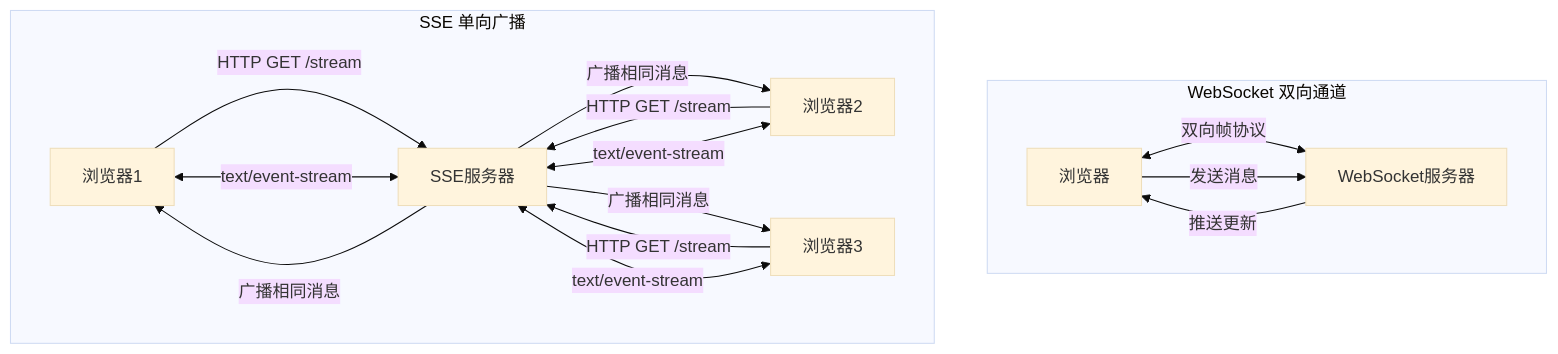
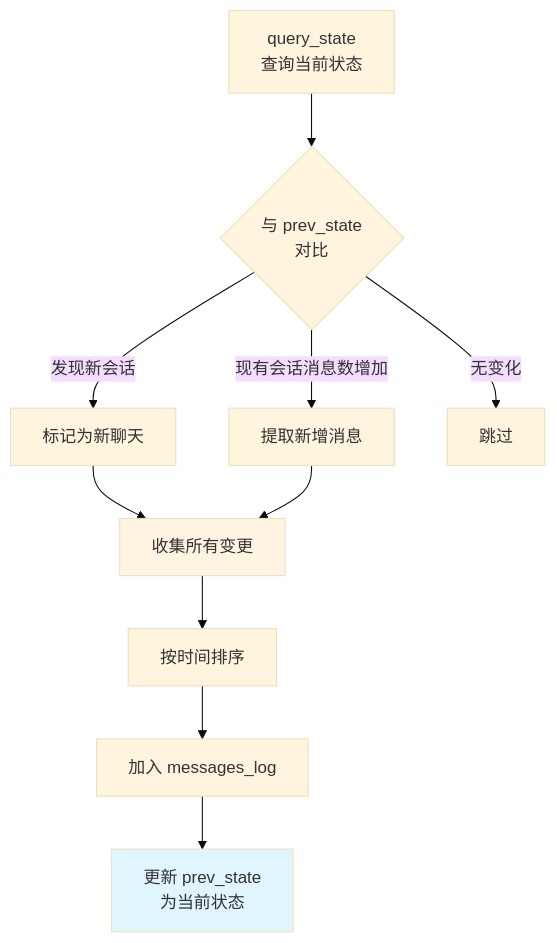
One commit to nerdneilsfield/code-wiki-pages changed the third of 6 diagrams in public/wechat-decrypt/guide-beginners-guide-real-time-monitoring.md. Above: the diagram before and after it, drawn with Mermaid (base theme). The commit also changed other lines of this file and 30 other files, not shown here.

````diff
--- a/public/wechat-decrypt/guide-beginners-guide-real-time-monitoring.md
+++ b/public/wechat-decrypt/guide-beginners-guide-real-time-monitoring.md
@@ -160,20 +85,16 @@
 ```mermaid
-graph TD
-    subgraph "WebSocket 双向通道"
-        A[浏览器] <-->|双向帧协议| B[WebSocket服务器]
-        A -->|发送消息| B
-        B -->|推送更新| A
-    end
+flowchart TD
+    A[query_state<br/>查询当前状态] --> B{与 prev_state<br/>对比}
+    B -->|发现新会话| C[标记为新聊天]
+    B -->|现有会话消息数增加| D[提取新增消息]
+    B -->|无变化| E[跳过]
     
-    subgraph "SSE 单向广播"
-        C[浏览器1] -->|HTTP GET /stream| D[SSE服务器]
-        C <-->|text/event-stream| D
-        E[浏览器2] -->|HTTP GET /stream| D
-        E <-->|text/event-stream| D
-        F[浏览器3] -->|HTTP GET /stream| D
-        F <-->|text/event-stream| D
-        D -->|广播相同消息| C
-        D -->|广播相同消息| E
-        D -->|广播相同消息| F
-    end
+    C --> F[收集所有变更]
+    D --> F
+    F --> G[按时间排序]
+    G --> H[加入 messages_log]
+    H --> I[更新 prev_state<br/>为当前状态]
+    
+    style F fill:#fff4e1
+    style I fill:#e1f5ff
 ```
````
